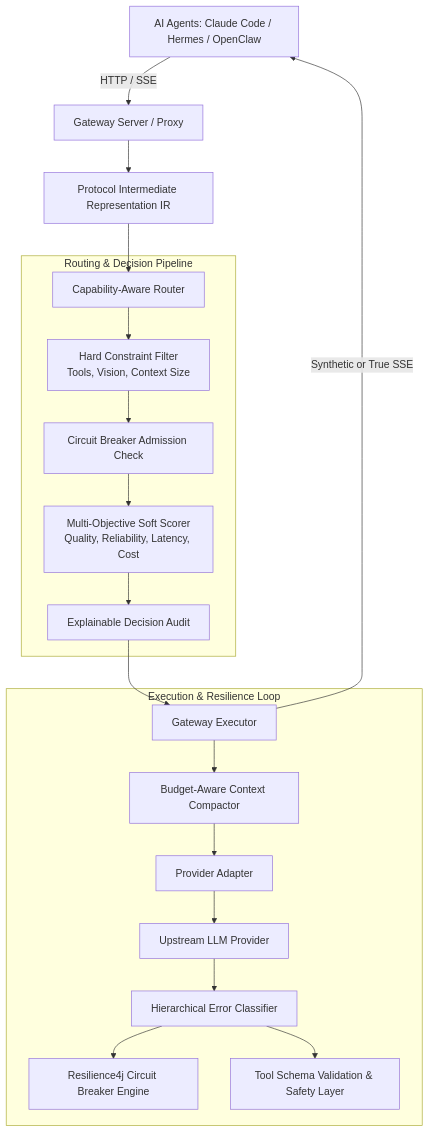
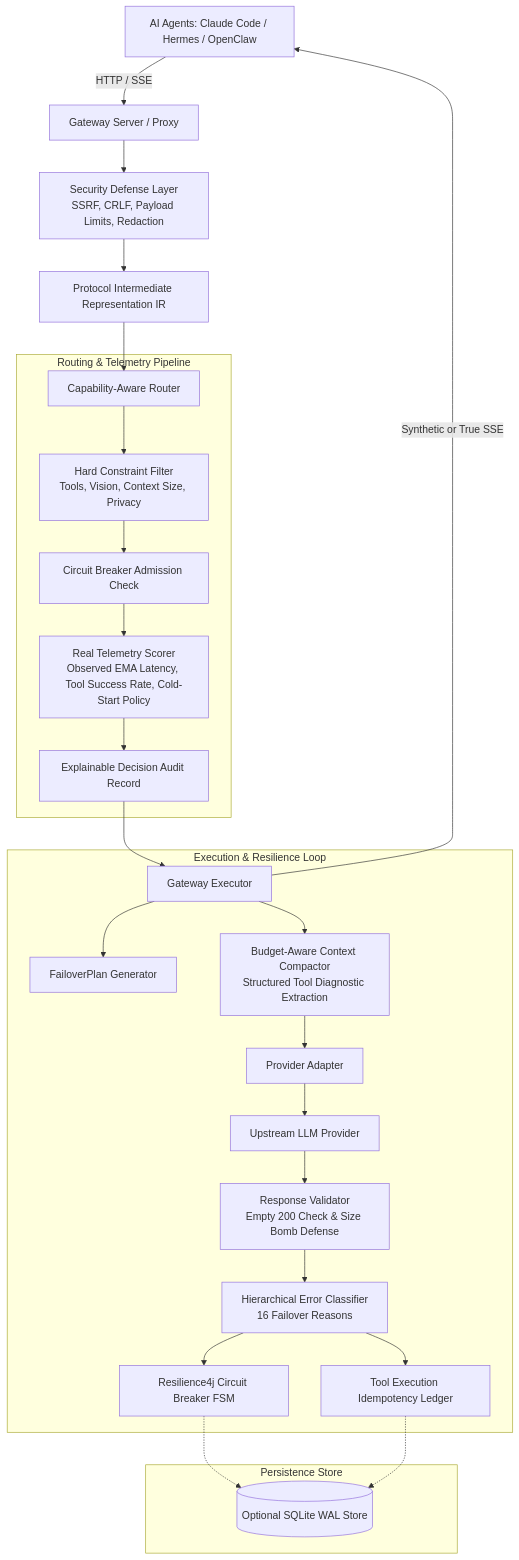
Before and after one commit to d2epak/llm-circuit-breaker: the first of 3 diagrams in ARCHITECTURE.md, drawn with Mermaid. The commit also changed other lines of this file and 49 other files, not shown here.

````diff
--- a/ARCHITECTURE.md
+++ b/ARCHITECTURE.md
@@ -9,25 +9,33 @@
 ```mermaid
 graph TD
     Client[AI Agents: Claude Code / Hermes / OpenClaw] -->|HTTP / SSE| Gateway[Gateway Server / Proxy]
-    Gateway --> IR[Protocol Intermediate Representation IR]
+    Gateway --> Security[Security Defense Layer\nSSRF, CRLF, Payload Limits, Redaction]
+    Security --> IR[Protocol Intermediate Representation IR]
     IR --> Router[Capability-Aware Router]
     
-    subgraph Routing & Decision Pipeline
-        Router --> HardFilter[Hard Constraint Filter\nTools, Vision, Context Size]
+    subgraph Routing & Telemetry Pipeline
+        Router --> HardFilter[Hard Constraint Filter\nTools, Vision, Context Size, Privacy]
         HardFilter --> BreakerFilter[Circuit Breaker Admission Check]
-        BreakerFilter --> Scorer[Multi-Objective Soft Scorer\nQuality, Reliability, Latency, Cost]
-        Scorer --> DecisionRecord[Explainable Decision Audit]
+        BreakerFilter --> Scorer[Real Telemetry Scorer\nObserved EMA Latency, Tool Success Rate, Cold-Start Policy]
+        Scorer --> DecisionRecord[Explainable Decision Audit Record]
     end
 
     subgraph Execution & Resilience Loop
         DecisionRecord --> Executor[Gateway Executor]
-        Executor --> ContextMgr[Budget-Aware Context Compactor]
+        Executor --> Plan[FailoverPlan Generator]
+        Executor --> ContextMgr[Budget-Aware Context Compactor\nStructured Tool Diagnostic Extraction]
         ContextMgr --> Adapter[Provider Adapter]
         Adapter --> Upstream[Upstream LLM Provider]
-        Upstream --> Classify[Hierarchical Error Classifier]
-        Classify --> BreakerEngine[Resilience4j Circuit Breaker Engine]
-        Classify --> ToolSafety[Tool Schema Validation & Safety Layer]
+        Upstream --> RespVal[Response Validator\nEmpty 200 Check & Size Bomb Defense]
+        RespVal --> Classify[Hierarchical Error Classifier\n16 Failover Reasons]
+        Classify --> BreakerEngine[Resilience4j Circuit Breaker FSM]
+        Classify --> Idempotency[Tool Execution Idempotency Ledger]
+    end
+
+    subgraph Persistence Store
+        BreakerEngine -.-> SQLite[(Optional SQLite WAL Store)]
+        Idempotency -.-> SQLite
     end
 
     Executor -->|Synthetic or True SSE| Client
 ```
````
